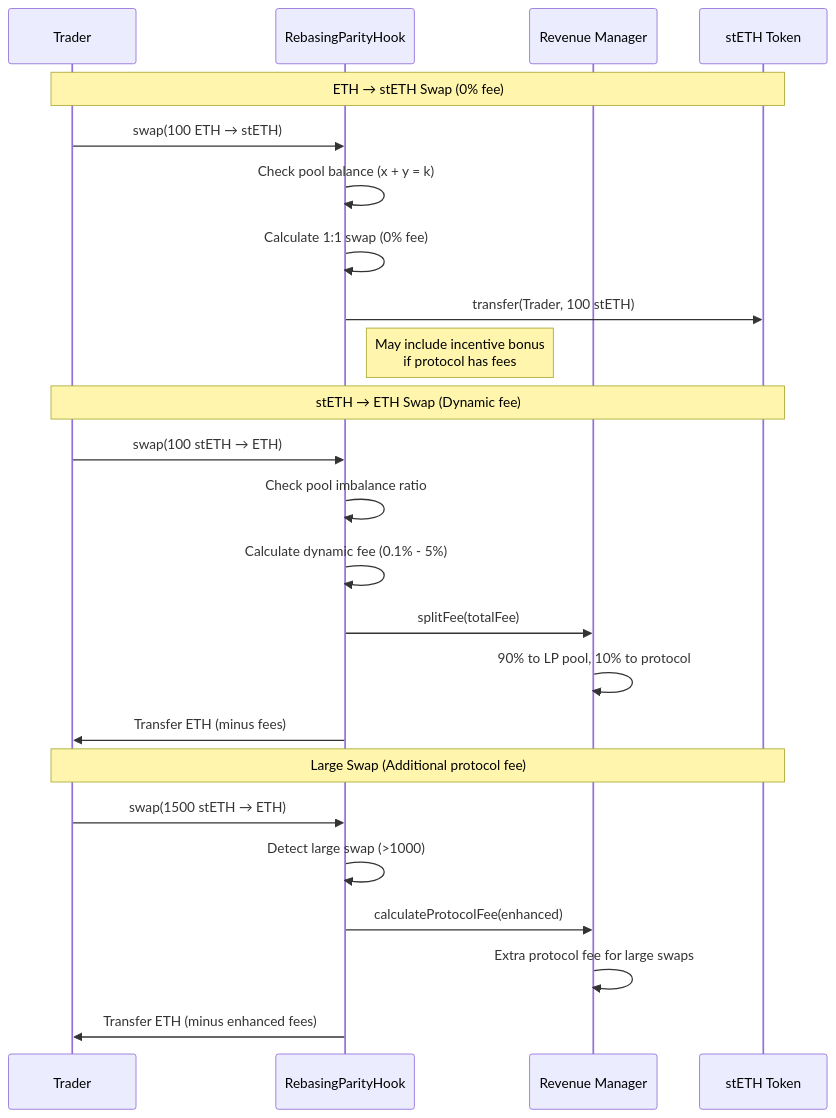
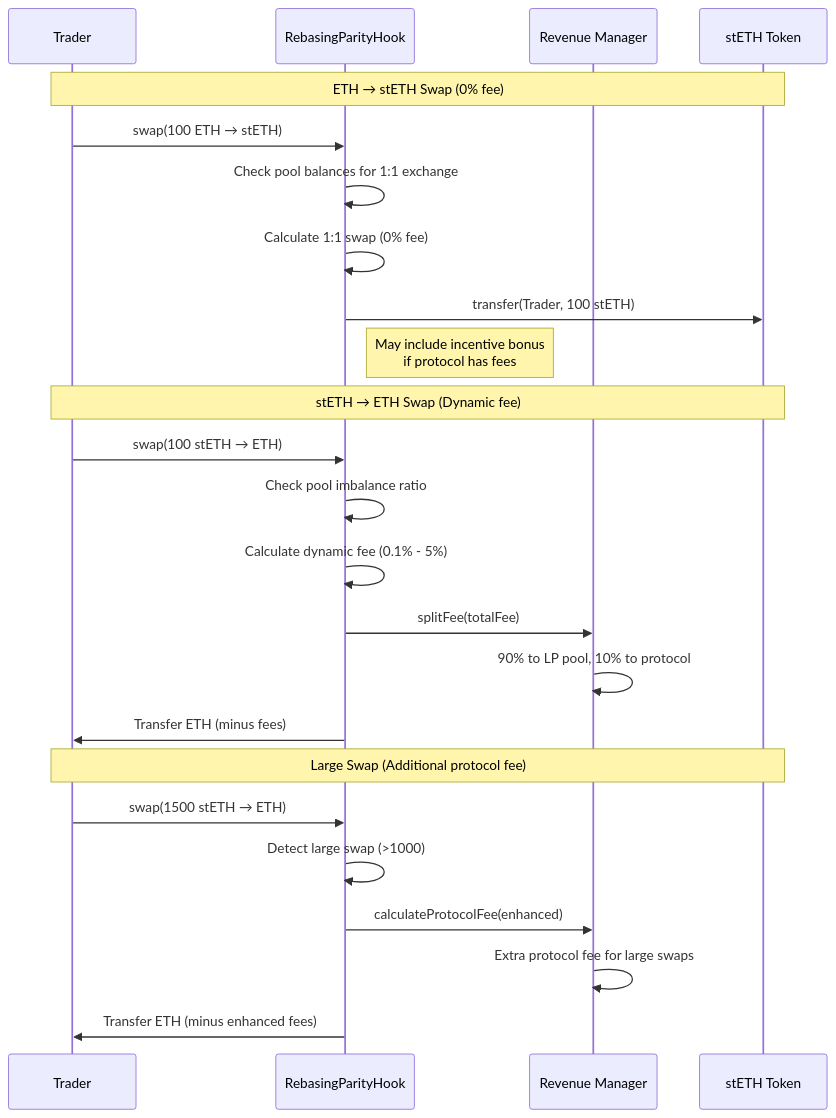
One commit to mcmoodoo/stETHer changed the third of 3 diagrams in README.md. Above: the diagram before and after it, drawn with Mermaid. The commit also changed other lines of this file, not shown here.

````diff
--- a/README.md
+++ b/README.md
@@ -93,29 +97,29 @@
 ```mermaid
 sequenceDiagram
     participant Trader as Trader
     participant Pool as RebasingParityHook
     participant Revenue as Revenue Manager
     participant stETH as stETH Token
 
     Note over Trader,stETH: ETH → stETH Swap (0% fee)
     Trader->>Pool: swap(100 ETH → stETH)
-    Pool->>Pool: Check pool balance (x + y = k)
+    Pool->>Pool: Check pool balances for 1:1 exchange
     Pool->>Pool: Calculate 1:1 swap (0% fee)
     Pool->>stETH: transfer(Trader, 100 stETH)
     Note right of Pool: May include incentive bonus<br/>if protocol has fees
 
     Note over Trader,stETH: stETH → ETH Swap (Dynamic fee)
     Trader->>Pool: swap(100 stETH → ETH)
     Pool->>Pool: Check pool imbalance ratio
     Pool->>Pool: Calculate dynamic fee (0.1% - 5%)
     Pool->>Revenue: splitFee(totalFee)
     Revenue->>Revenue: 90% to LP pool, 10% to protocol
     Pool->>Trader: Transfer ETH (minus fees)
 
     Note over Trader,stETH: Large Swap (Additional protocol fee)
     Trader->>Pool: swap(1500 stETH → ETH)
     Pool->>Pool: Detect large swap (>1000)
     Pool->>Revenue: calculateProtocolFee(enhanced)
     Revenue->>Revenue: Extra protocol fee for large swaps
     Pool->>Trader: Transfer ETH (minus enhanced fees)
 ```
````
